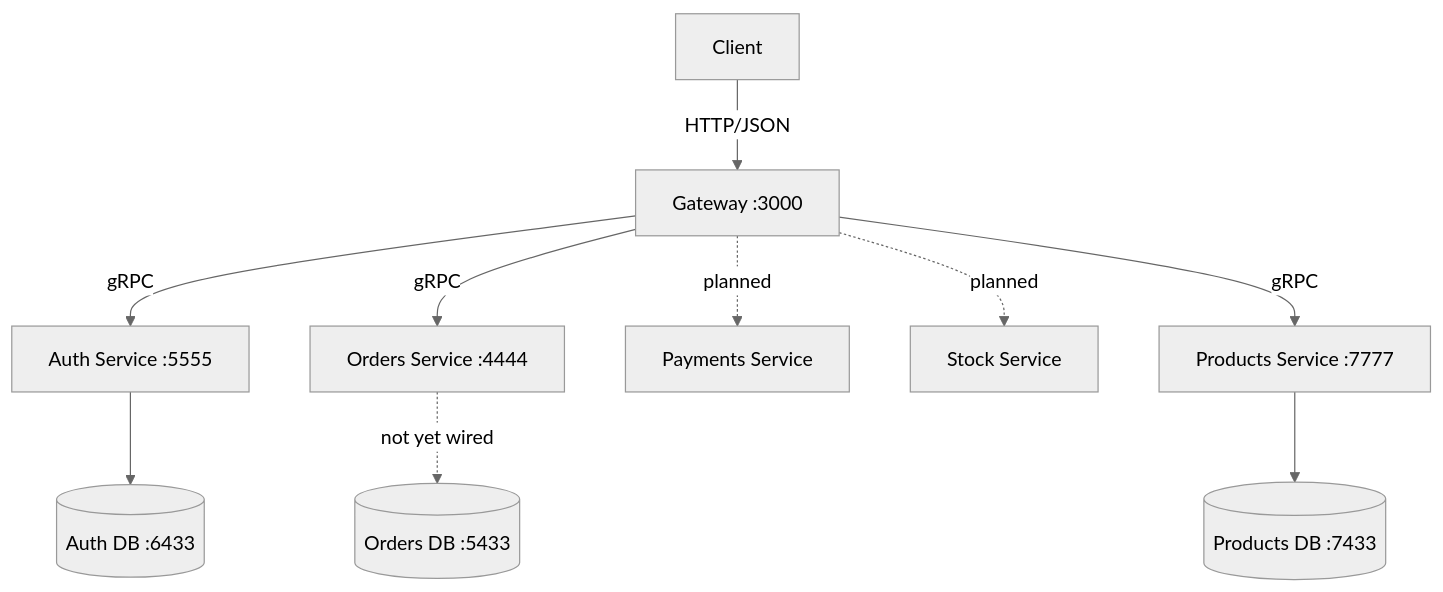
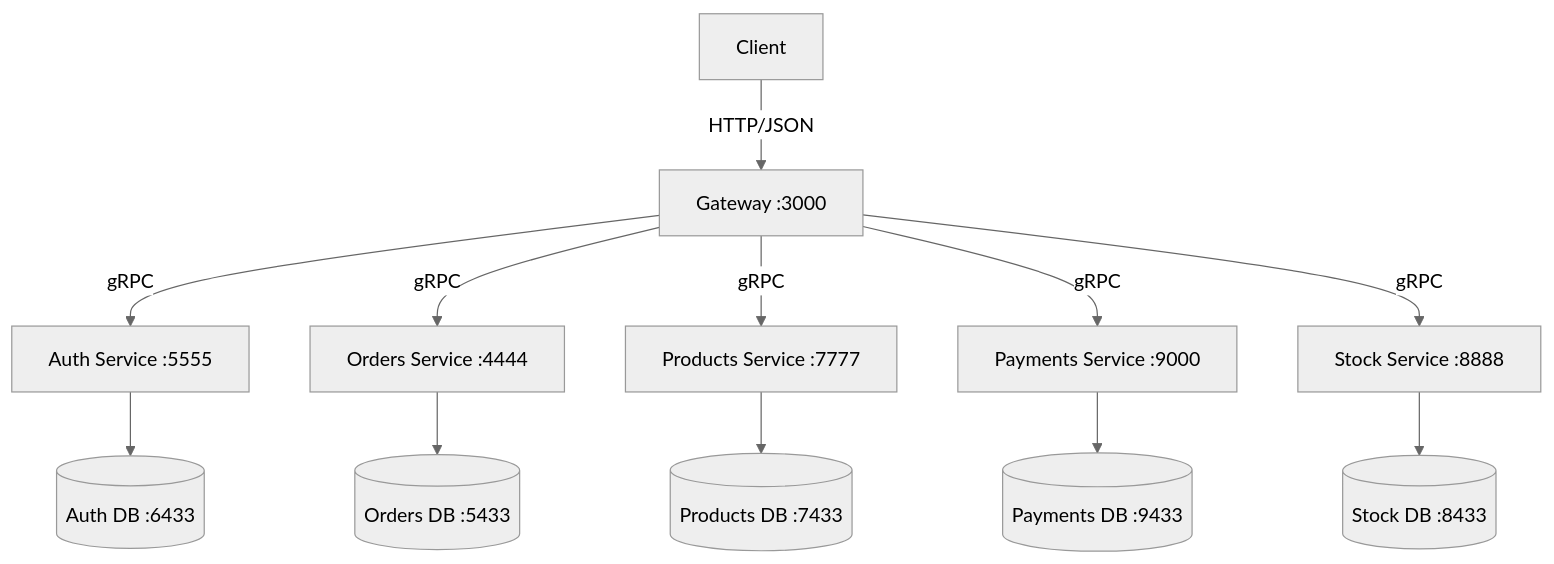
Before and after one commit to Akene-Uzezi/ecommerce-microservice: the first of 3 diagrams in architecture.md, drawn with Mermaid (neutral theme). The commit also changed other lines of this file and 1 other file, not shown here.

````diff
--- a/architecture.md
+++ b/architecture.md
@@ -5,24 +5,28 @@
 ```mermaid
 graph TB
     Client[Client]
     Gateway[Gateway :3000]
     Auth[Auth Service :5555]
     Orders[Orders Service :4444]
-    Payments[Payments Service]
-    Stock[Stock Service]
+    Payments[Payments Service :9000]
+    Stock[Stock Service :8888]
     Products[Products Service :7777]
     AuthDB[(Auth DB :6433)]
     OrdersDB[(Orders DB :5433)]
     ProductsDB[(Products DB :7433)]
+    PaymentsDB[(Payments DB :9433)]
+    StockDB[(Stock DB :8433)]
 
     Client -->|HTTP/JSON| Gateway
     Gateway -->|gRPC| Auth
     Gateway -->|gRPC| Orders
     Gateway -->|gRPC| Products
-    Gateway -.->|planned| Payments
-    Gateway -.->|planned| Stock
+    Gateway -->|gRPC| Payments
+    Gateway -->|gRPC| Stock
 
     Auth --> AuthDB
-    Orders -.->|not yet wired| OrdersDB
+    Orders --> OrdersDB
     Products --> ProductsDB
+    Payments --> PaymentsDB
+    Stock --> StockDB
 ```
````
